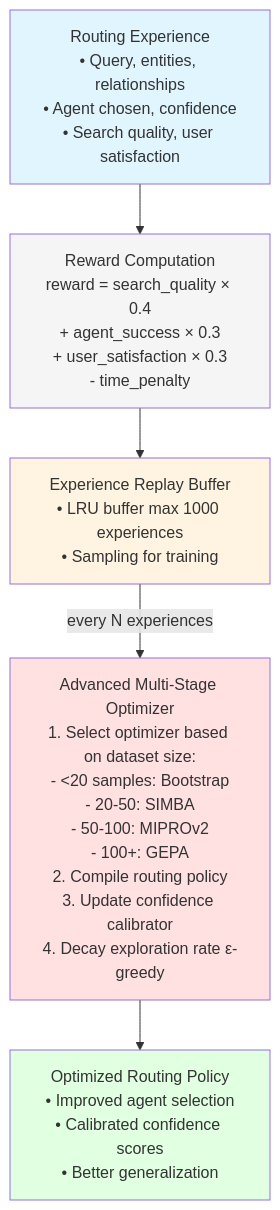
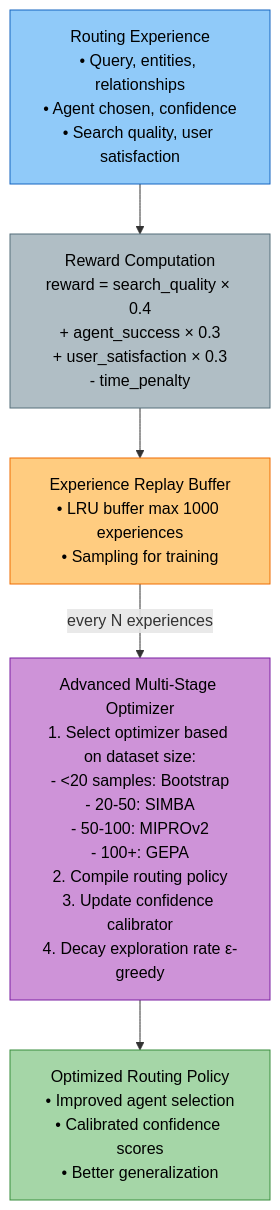
The second of 4 diagrams in docs/modules/routing.md (amit-jain/cogniverse), drawn with Mermaid before and after one commit. The commit also changed other lines of this file and 83 other files, not shown here.

First line of the commit message:
Fix documentation veracity, formatting, and diagrams across all modules

````diff
--- a/docs/modules/routing.md
+++ b/docs/modules/routing.md
@@ -81,18 +87,18 @@
 ```mermaid
-graph TB
-    Experience[Routing Experience<br/>• Query, entities, relationships<br/>• Agent chosen, confidence<br/>• Search quality, user satisfaction]
+flowchart TB
+    Experience["<span style='color:#000'>Routing Experience<br/>• Query, entities, relationships<br/>• Agent chosen, confidence<br/>• Search quality, user satisfaction</span>"]
 
-    Experience --> Reward[Reward Computation<br/>reward = search_quality × 0.4<br/>+ agent_success × 0.3<br/>+ user_satisfaction × 0.3<br/>- time_penalty]
+    Experience --> Reward["<span style='color:#000'>Reward Computation<br/>reward = search_quality × 0.4<br/>+ agent_success × 0.3<br/>+ user_satisfaction × 0.3<br/>- time_penalty</span>"]
 
-    Reward --> Buffer[Experience Replay Buffer<br/>• LRU buffer max 1000 experiences<br/>• Sampling for training]
+    Reward --> Buffer["<span style='color:#000'>Experience Replay Buffer<br/>• LRU buffer max 1000 experiences<br/>• Sampling for training</span>"]
 
-    Buffer -->|every N experiences| Optimizer[Advanced Multi-Stage Optimizer<br/>1. Select optimizer based on dataset size:<br/>- <20 samples: Bootstrap<br/>- 20-50: SIMBA<br/>- 50-100: MIPROv2<br/>- 100+: GEPA<br/>2. Compile routing policy<br/>3. Update confidence calibrator<br/>4. Decay exploration rate ε-greedy]
+    Buffer -->|every N experiences| Optimizer["<span style='color:#000'>Advanced Multi-Stage Optimizer<br/>1. Select optimizer based on dataset size:<br/>- <20 samples: Bootstrap<br/>- 20-50: SIMBA<br/>- 50-100: MIPROv2<br/>- 100+: GEPA<br/>2. Compile routing policy<br/>3. Update confidence calibrator<br/>4. Decay exploration rate ε-greedy</span>"]
 
-    Optimizer --> Policy[Optimized Routing Policy<br/>• Improved agent selection<br/>• Calibrated confidence scores<br/>• Better generalization]
+    Optimizer --> Policy["<span style='color:#000'>Optimized Routing Policy<br/>• Improved agent selection<br/>• Calibrated confidence scores<br/>• Better generalization</span>"]
 
-    style Experience fill:#e1f5ff
-    style Reward fill:#f5f5f5
-    style Buffer fill:#fff4e1
-    style Optimizer fill:#ffe1e1
-    style Policy fill:#e1ffe1
+    style Experience fill:#90caf9,stroke:#1565c0,color:#000
+    style Reward fill:#b0bec5,stroke:#546e7a,color:#000
+    style Buffer fill:#ffcc80,stroke:#ef6c00,color:#000
+    style Optimizer fill:#ce93d8,stroke:#7b1fa2,color:#000
+    style Policy fill:#a5d6a7,stroke:#388e3c,color:#000
 ```
````
